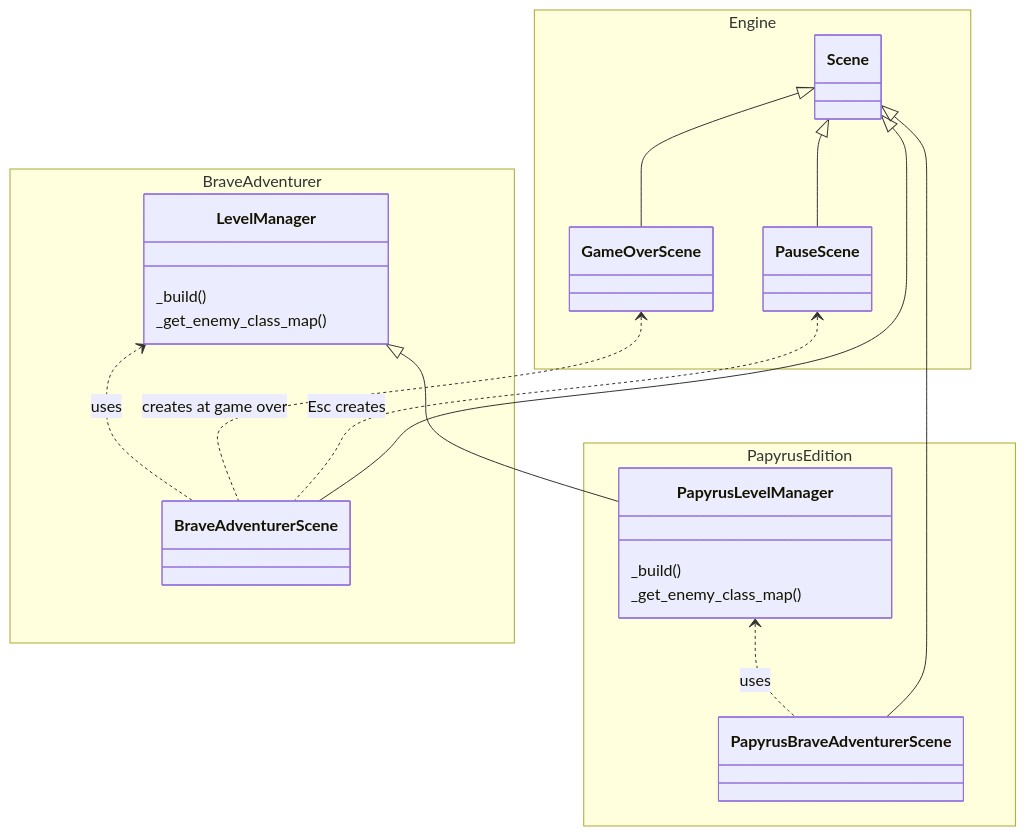
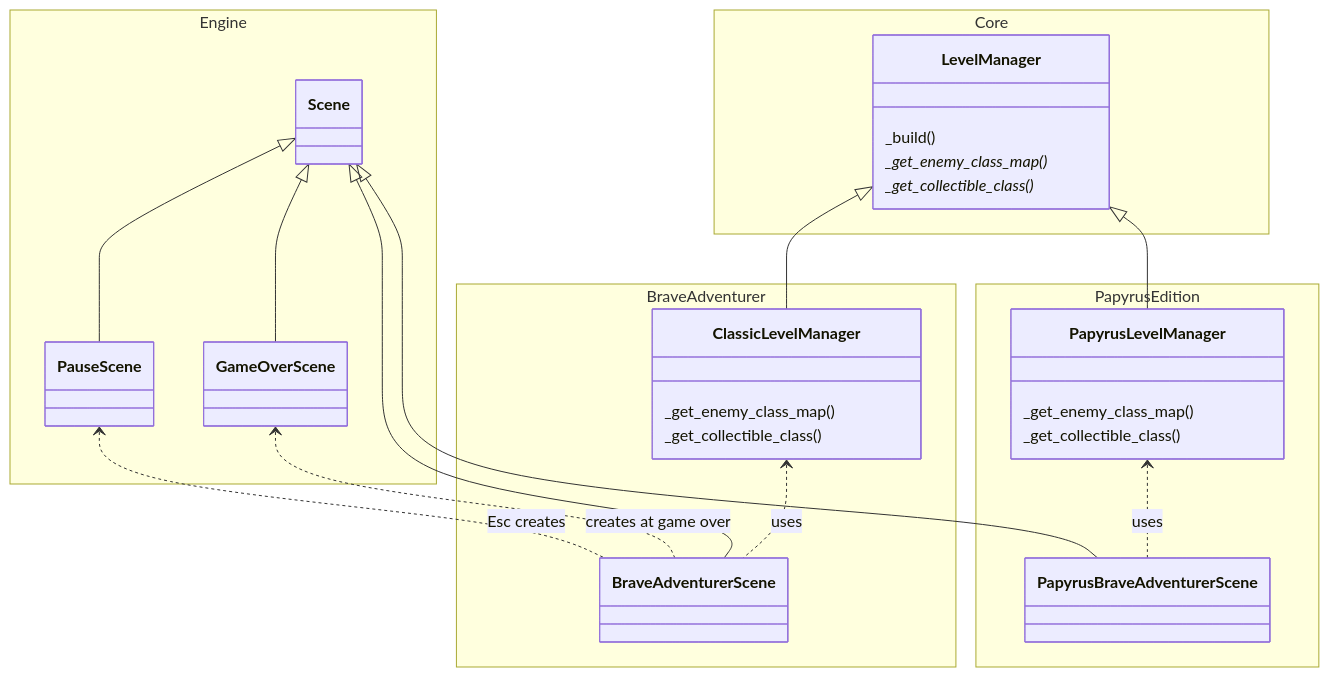
Before and after one commit to terrysimons/glitchygames: the sixth of 7 diagrams in docs/games/brave_adventurer.md, drawn with Mermaid. The commit also changed other lines of this file and 53 other files, not shown here.

First line of the commit message:
Workspace packages: Brave Adventurer and Papyrus as one project, sharing their primitives

````diff
--- a/docs/games/brave_adventurer.md
+++ b/docs/games/brave_adventurer.md
@@ -531,34 +542,42 @@
 ```mermaid
 classDiagram
     direction TB
     namespace Engine {
         class Scene
         class PauseScene
         class GameOverScene
     }
+    namespace Core {
+        class LevelManager {
+            _build()
+            _get_enemy_class_map()*
+            _get_collectible_class()*
+        }
+    }
     namespace BraveAdventurer {
         class BraveAdventurerScene
-        class LevelManager {
-            _build()
+        class ClassicLevelManager {
             _get_enemy_class_map()
+            _get_collectible_class()
         }
     }
     namespace PapyrusEdition {
         class PapyrusBraveAdventurerScene
         class PapyrusLevelManager {
-            _build()
             _get_enemy_class_map()
+            _get_collectible_class()
         }
     }
 
     Scene <|-- PauseScene
     Scene <|-- GameOverScene
     Scene <|-- BraveAdventurerScene
     Scene <|-- PapyrusBraveAdventurerScene
+    LevelManager <|-- ClassicLevelManager
     LevelManager <|-- PapyrusLevelManager
 
     PauseScene <.. BraveAdventurerScene : Esc creates
     GameOverScene <.. BraveAdventurerScene : creates at game over
-    LevelManager <.. BraveAdventurerScene : uses
+    ClassicLevelManager <.. BraveAdventurerScene : uses
     PapyrusLevelManager <.. PapyrusBraveAdventurerScene : uses
 ```
````
